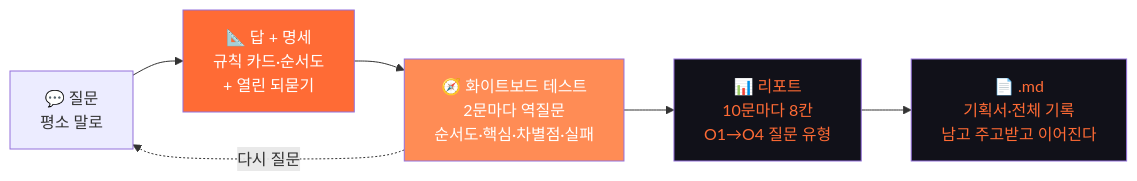
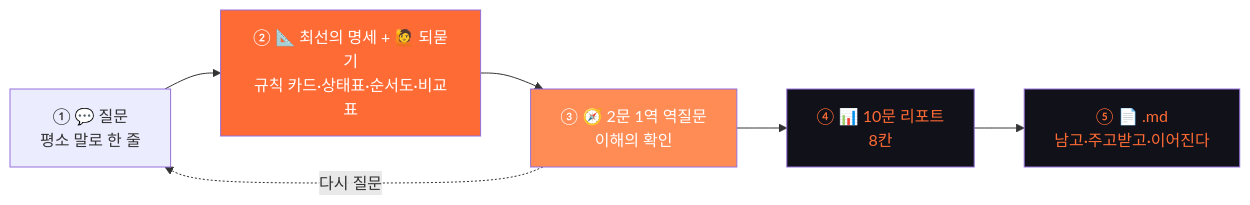
The fifth of 15 diagrams in 틴스파크AI_기획문서.md (Collegenie-X/askback), drawn with Mermaid before and after one commit. The commit also changed other lines of this file and 23 other files, not shown here.

````diff
--- a/틴스파크AI_기획문서.md
+++ b/틴스파크AI_기획문서.md
@@ -132,16 +223,14 @@
 ```mermaid
 flowchart LR
-  Q["💬 질문<br/>평소 말로"]
-  ANS["📐 답 + 명세<br/>규칙 카드·순서도<br/>+ 열린 되묻기"]
-  WB["🧭 화이트보드 테스트<br/>2문마다 역질문<br/>순서도·핵심·차별점·실패"]
-  RPT["📊 리포트<br/>10문마다 8칸<br/>O1→O4 질문 유형"]
-  MD["📄 .md<br/>기획서·전체 기록<br/>남고 주고받고 이어진다"]
-
+  Q["① 💬 질문<br/>평소 말로 한 줄"]
+  ANS["② 📐 최선의 명세 + 🙋 되묻기<br/>규칙 카드·상태표·순서도·비교표"]
+  WB["③ 🧭 2문 1역 역질문<br/>이해의 확인"]
+  RPT["④ 📊 10문 리포트<br/>8칸"]
+  MD["⑤ 📄 .md<br/>남고·주고받고·이어진다"]
   Q --> ANS --> WB --> RPT --> MD
   WB -.->|다시 질문| Q
-
-  style ANS fill:#FF6B35,color:#fff
-  style WB fill:#FF8C55,color:#fff
+  style ANS fill:#FF6B35,color:#ffffff
+  style WB fill:#FF8C55,color:#ffffff
   style RPT fill:#111119,color:#FF6B35
   style MD fill:#111119,color:#FF6B35
 ```
````
